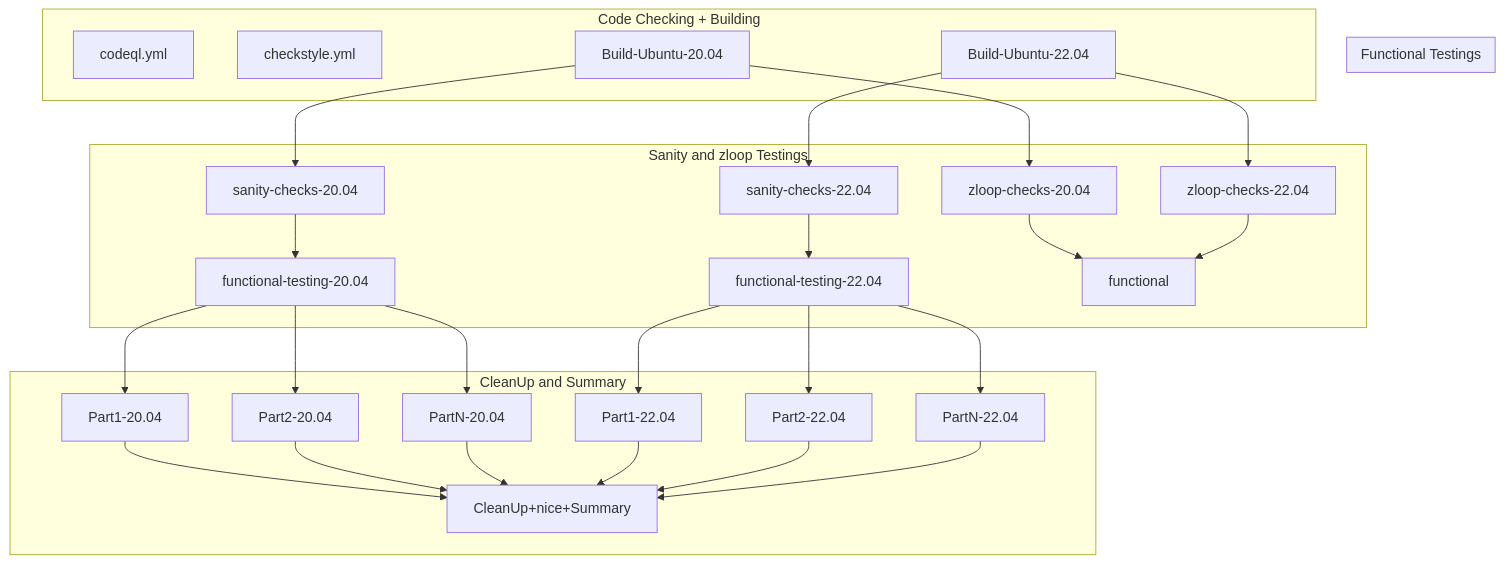
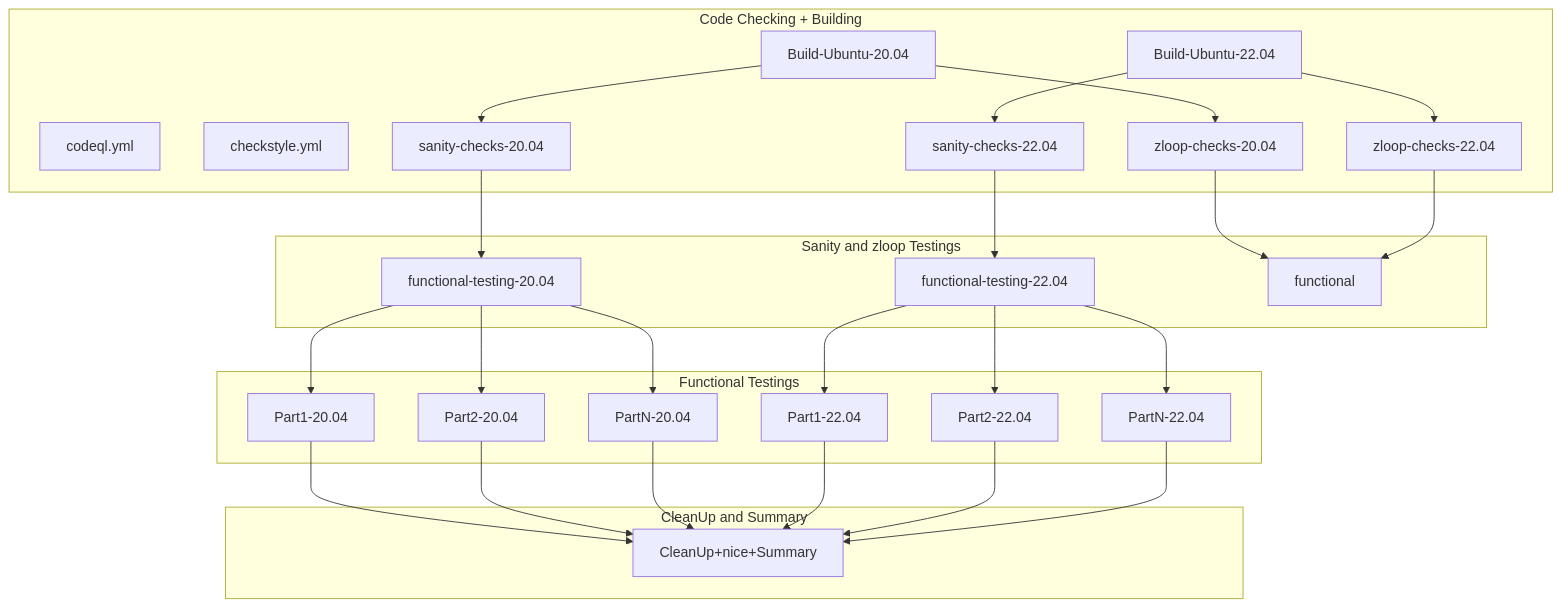
Before and after one commit to andrewc12/openzfs: the diagram in .github/workflows/README.md, drawn with Mermaid.

````diff
--- a/.github/workflows/README.md
+++ b/.github/workflows/README.md
@@ -4,36 +4,37 @@
 ```mermaid
 flowchart TB
-subgraph CleanUp and Summary
-  Part1-20.04-->CleanUp+nice+Summary
-  Part2-20.04-->CleanUp+nice+Summary
-  PartN-20.04-->CleanUp+nice+Summary
-  Part1-22.04-->CleanUp+nice+Summary
-  Part2-22.04-->CleanUp+nice+Summary
-  PartN-22.04-->CleanUp+nice+Summary
+subgraph Code Checking + Building
+  codeql.yml
+  checkstyle.yml
+  Build-Ubuntu-20.04-->sanity-checks-20.04
+  Build-Ubuntu-22.04-->sanity-checks-22.04
+  Build-Ubuntu-20.04-->zloop-checks-20.04
+  Build-Ubuntu-22.04-->zloop-checks-22.04
 end
 
 subgraph Sanity and zloop Testings
   sanity-checks-20.04-->functional-testing-20.04
   sanity-checks-22.04-->functional-testing-22.04
   zloop-checks-20.04-->functional
   zloop-checks-22.04-->functional
 end
 
 subgraph Functional Testings
   functional-testing-20.04-->Part1-20.04
   functional-testing-20.04-->Part2-20.04
   functional-testing-20.04-->PartN-20.04
   functional-testing-22.04-->Part1-22.04
   functional-testing-22.04-->Part2-22.04
   functional-testing-22.04-->PartN-22.04
 end
 
-subgraph Code Checking + Building
-  codeql.yml
-  checkstyle.yml
-  Build-Ubuntu-20.04-->sanity-checks-20.04
-  Build-Ubuntu-22.04-->sanity-checks-22.04
-  Build-Ubuntu-20.04-->zloop-checks-20.04
-  Build-Ubuntu-22.04-->zloop-checks-22.04
+subgraph CleanUp and Summary
+  Part1-20.04-->CleanUp+nice+Summary
+  Part2-20.04-->CleanUp+nice+Summary
+  PartN-20.04-->CleanUp+nice+Summary
+  Part1-22.04-->CleanUp+nice+Summary
+  Part2-22.04-->CleanUp+nice+Summary
+  PartN-22.04-->CleanUp+nice+Summary
 end
+
 ```
````
